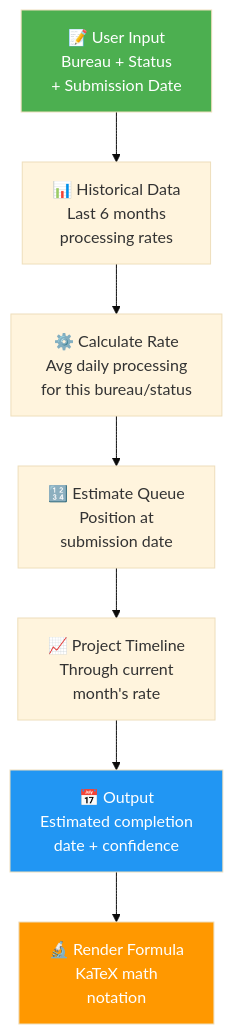
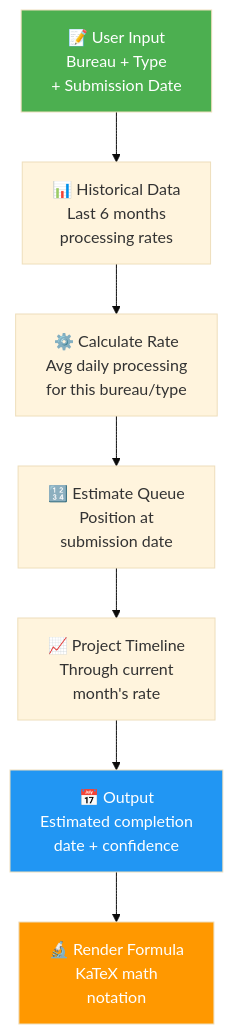
One commit to RetroHazard/JP_Immigration_Dashboard changed diagram 11 of 16 in ARCHITECTURE.md. Above: the diagram before and after it, drawn with Mermaid (base theme). The commit also changed other lines of this file and 239 other files, not shown here.

````diff
--- a/ARCHITECTURE.md
+++ b/ARCHITECTURE.md
@@ -397,27 +431,27 @@
 ```mermaid
 graph TD
-    INPUT["📝 User Input<br/>Bureau + Status<br/>+ Submission Date"]
+    INPUT["📝 User Input<br/>Bureau + Type<br/>+ Submission Date"]
     
     HIST["📊 Historical Data<br/>Last 6 months<br/>processing rates"]
     
-    RATE["⚙️ Calculate Rate<br/>Avg daily processing<br/>for this bureau/status"]
+    RATE["⚙️ Calculate Rate<br/>Avg daily processing<br/>for this bureau/type"]
     
     QUEUE["🔢 Estimate Queue<br/>Position at<br/>submission date"]
     
     PROJECT["📈 Project Timeline<br/>Through current<br/>month's rate"]
     
     OUTPUT["📅 Output<br/>Estimated completion<br/>date + confidence"]
     
     LATEX["🔬 Render Formula<br/>KaTeX math<br/>notation"]
     
     INPUT --> HIST
     HIST --> RATE
     RATE --> QUEUE
     QUEUE --> PROJECT
     PROJECT --> OUTPUT
     OUTPUT --> LATEX
     
     style INPUT fill:#4CAF50,color:#fff
     style OUTPUT fill:#2196F3,color:#fff
     style LATEX fill:#FF9800,color:#fff
 ```
````
